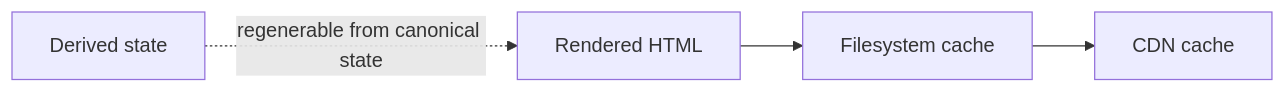
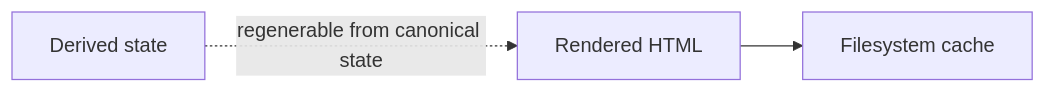
One commit to Natoandro/verso changed the fourth of 7 diagrams in docs/design/operations.md. Above: the diagram before and after it, drawn with Mermaid. The commit also changed other lines of this file and 7 other files, not shown here.

````diff
--- a/docs/design/operations.md
+++ b/docs/design/operations.md
@@ -332,5 +379,5 @@
 ```mermaid
 flowchart LR
-    html["Rendered HTML"] --> filesystem["Filesystem cache"] --> cdn["CDN cache"]
+    html["Rendered HTML"] --> filesystem["Filesystem cache"]
     derived["Derived state"] -. regenerable from canonical state .-> html
 ```
````
